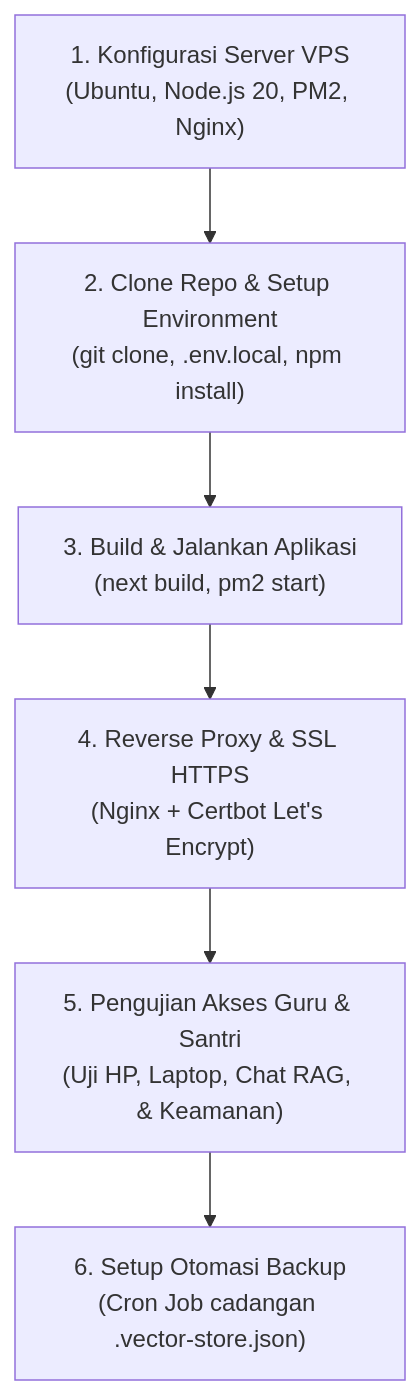
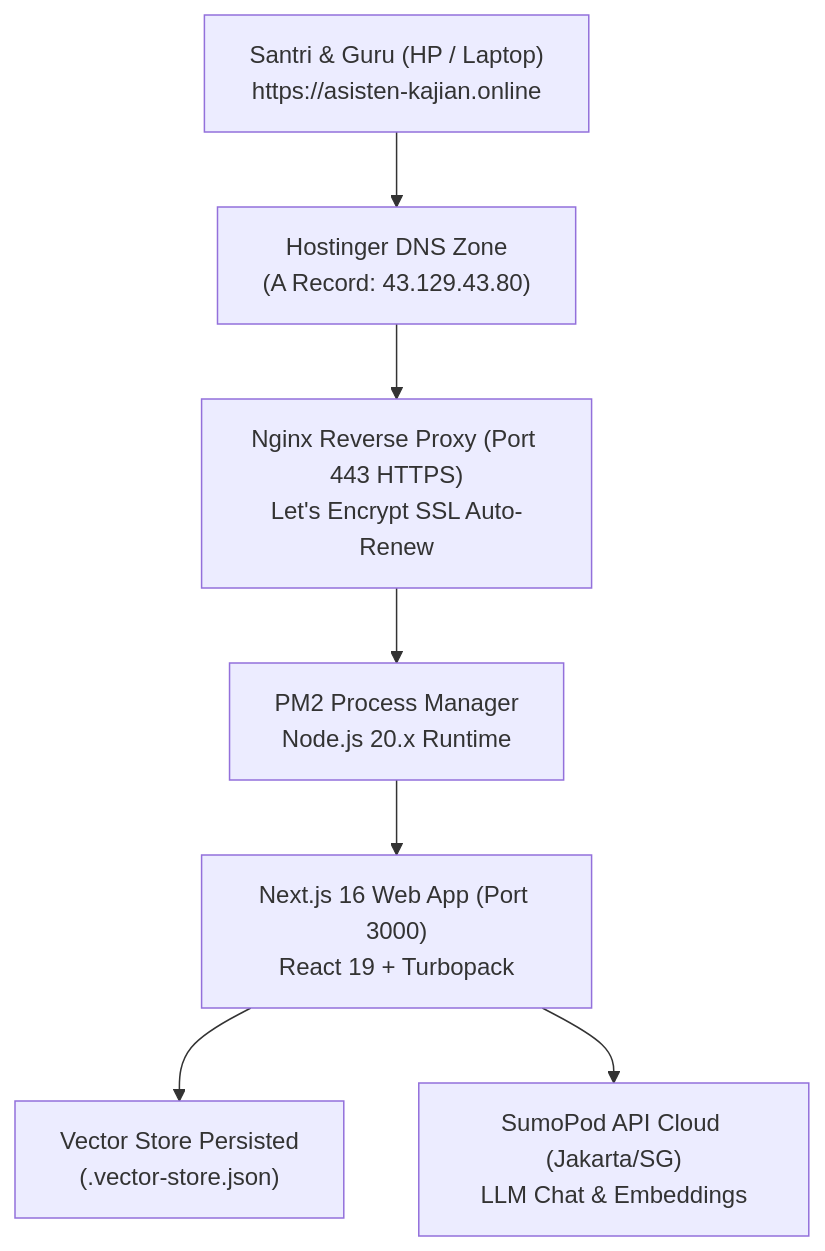
Before and after one commit to RozyBrt/asisten-kaji-kitab: the diagram in docs/rencana_deployment_dan_hosting_pesantren.md, drawn with Mermaid. The commit also changed other lines of this file, not shown here.

Commit message:
docs: perbarui status live production dan domain HTTPS asisten-kajian.online

````diff
--- a/docs/rencana_deployment_dan_hosting_pesantren.md
+++ b/docs/rencana_deployment_dan_hosting_pesantren.md
@@ -122,8 +33,9 @@
 ```mermaid
 flowchart TD
-    A["1. Konfigurasi Server VPS<br>(Ubuntu, Node.js 20, PM2, Nginx)"] --> B["2. Clone Repo & Setup Environment<br>(git clone, .env.local, npm install)"]
-    B --> C["3. Build & Jalankan Aplikasi<br>(next build, pm2 start)"]
-    C --> D["4. Reverse Proxy & SSL HTTPS<br>(Nginx + Certbot Let's Encrypt)"]
-    D --> E["5. Pengujian Akses Guru & Santri<br>(Uji HP, Laptop, Chat RAG, & Keamanan)"]
-    E --> F["6. Setup Otomasi Backup<br>(Cron Job cadangan .vector-store.json)"]
+    User["Santri & Guru (HP / Laptop)<br>https://asisten-kajian.online"] --> DNS["Hostinger DNS Zone<br>(A Record: 43.129.43.80)"]
+    DNS --> Nginx["Nginx Reverse Proxy (Port 443 HTTPS)<br>Let's Encrypt SSL Auto-Renew"]
+    Nginx --> PM2["PM2 Process Manager<br>Node.js 20.x Runtime"]
+    PM2 --> NextApp["Next.js 16 Web App (Port 3000)<br>React 19 + Turbopack"]
+    NextApp --> VectorStore["Vector Store Persisted<br>(.vector-store.json)"]
+    NextApp --> SumoPodAI["SumoPod API Cloud (Jakarta/SG)<br>LLM Chat & Embeddings"]
 ```
````
